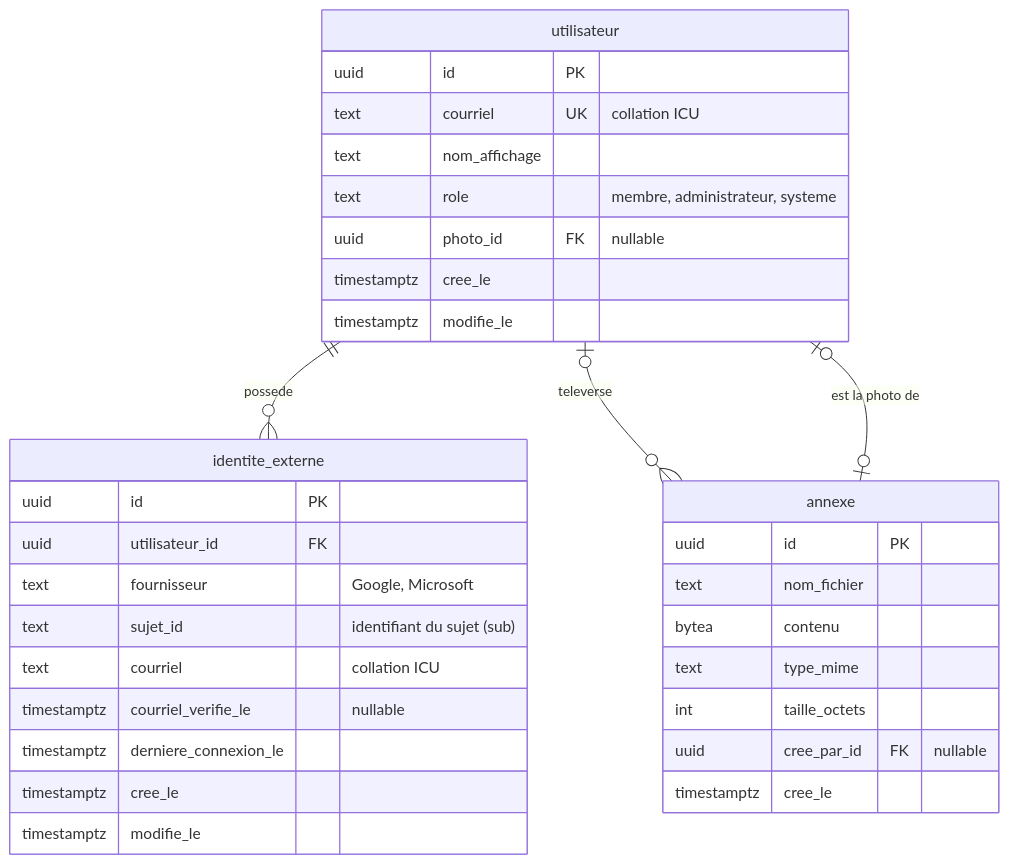
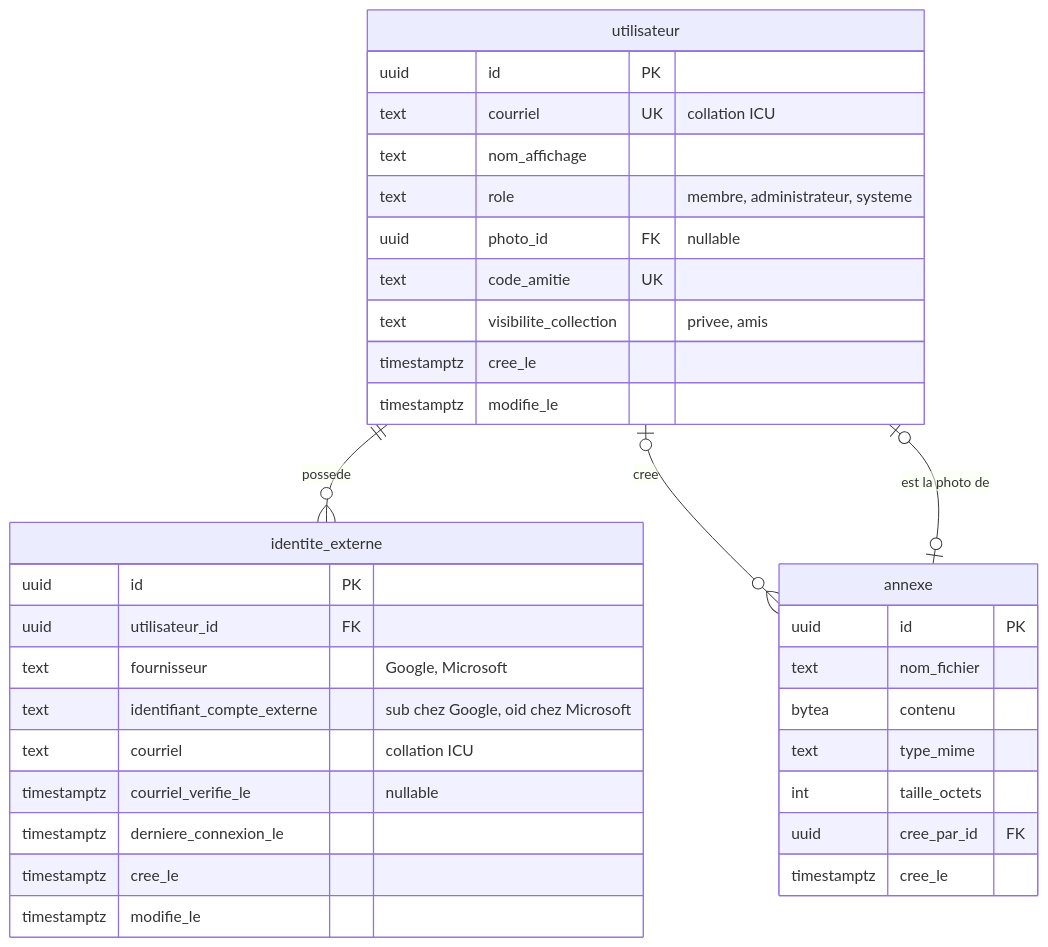
Before and after one commit to jeison-souza/MeepleZone: the second of 5 diagrams in docs/schema/schema-donnees.md, drawn with Mermaid. The commit also changed other lines of this file and 2 other files, not shown here.

````diff
--- a/docs/schema/schema-donnees.md
+++ b/docs/schema/schema-donnees.md
@@ -23,38 +75,40 @@
 ```mermaid
 erDiagram
     utilisateur ||--o{ identite_externe : "possede"
     annexe |o--o| utilisateur : "est la photo de"
-    utilisateur |o--o{ annexe : "televerse"
+    utilisateur |o--o{ annexe : "cree"
 
     utilisateur {
         uuid id PK
         text courriel UK "collation ICU"
         text nom_affichage
         text role "membre, administrateur, systeme"
         uuid photo_id FK "nullable"
+        text code_amitie UK
+        text visibilite_collection "privee, amis"
         timestamptz cree_le
         timestamptz modifie_le
     }
 
     identite_externe {
         uuid id PK
         uuid utilisateur_id FK
         text fournisseur "Google, Microsoft"
-        text sujet_id "identifiant du sujet (sub)"
+        text identifiant_compte_externe "sub chez Google, oid chez Microsoft"
         text courriel "collation ICU"
         timestamptz courriel_verifie_le "nullable"
         timestamptz derniere_connexion_le
         timestamptz cree_le
         timestamptz modifie_le
     }
 
     annexe {
         uuid id PK
         text nom_fichier
         bytea contenu
         text type_mime
         int taille_octets
-        uuid cree_par_id FK "nullable"
+        uuid cree_par_id FK
         timestamptz cree_le
     }
 ```
````
